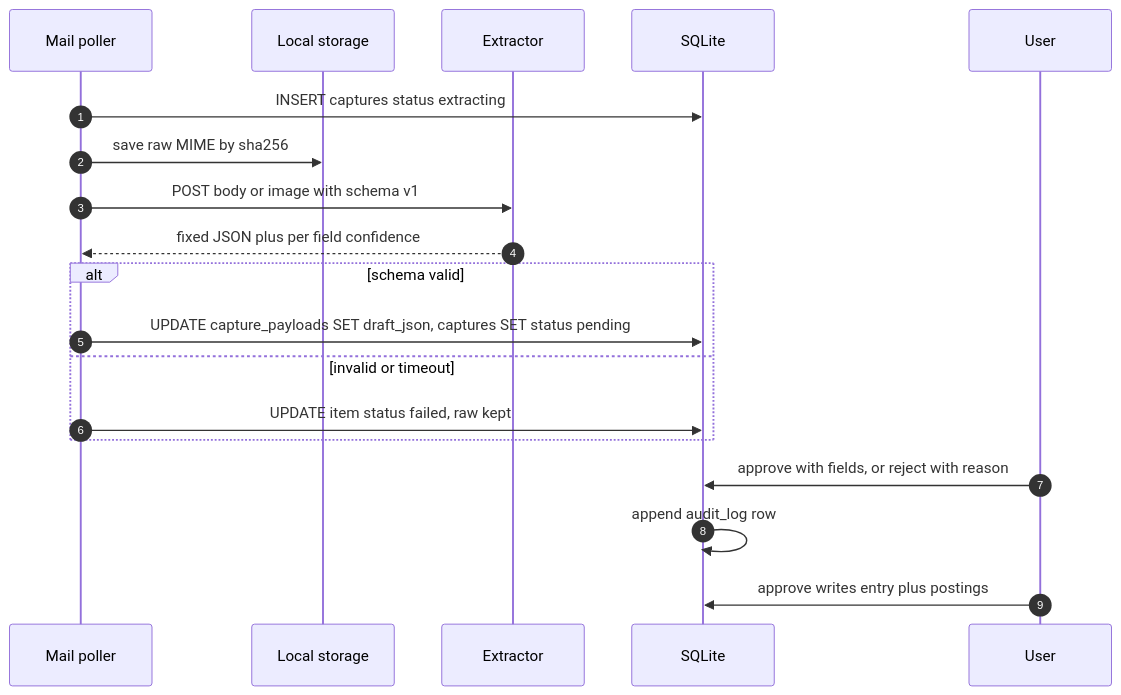
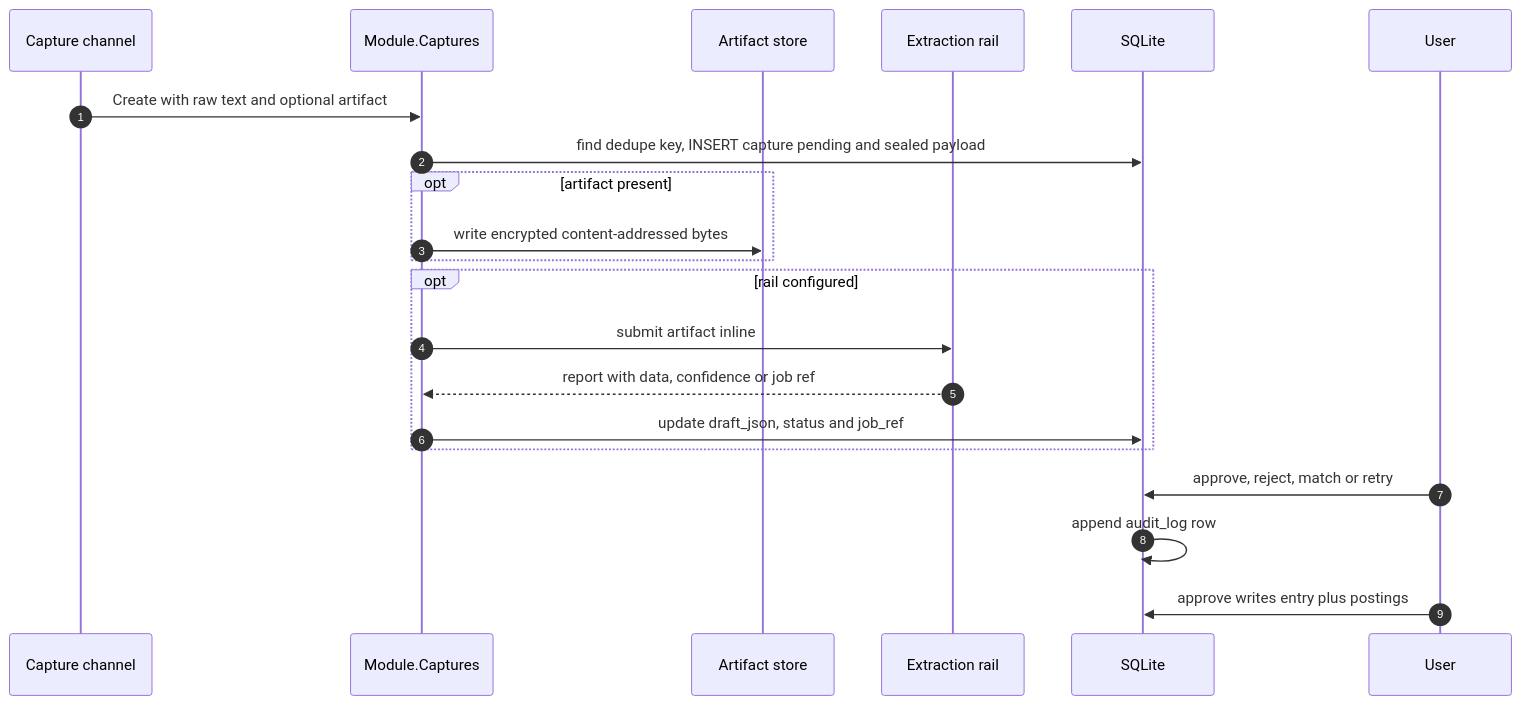
The diagram in docs/v2-design.md (dimasbaguspm/spenicle), drawn with Mermaid before and after one commit. The commit also changed other lines of this file and 44 other files, not shown here.

````diff
--- a/docs/v2-design.md
+++ b/docs/v2-design.md
@@ -203,21 +220,23 @@
 ```mermaid
 sequenceDiagram
     autonumber
-    participant M as Mail poller
-    participant ST as Local storage
-    participant X as Extractor
+    participant C as Capture channel
+    participant API as Module.Captures
+    participant FS as Artifact store
+    participant X as Extraction rail
     participant DB as SQLite
     participant U as User
-    M->>DB: INSERT captures status extracting
-    M->>ST: save raw MIME by sha256
-    M->>X: POST body or image with schema v1
-    X-->>M: fixed JSON plus per field confidence
-    alt schema valid
-        M->>DB: UPDATE capture_payloads SET draft_json, captures SET status pending
-    else invalid or timeout
-        M->>DB: UPDATE item status failed, raw kept
+    C->>API: Create with raw text and optional artifact
+    API->>DB: find dedupe key, INSERT capture pending and sealed payload
+    opt artifact present
+        API->>FS: write encrypted content-addressed bytes
     end
-    U->>DB: approve with fields, or reject with reason
+    opt rail configured
+        API->>X: submit artifact inline
+        X-->>API: report with data, confidence or job ref
+        API->>DB: update draft_json, status and job_ref
+    end
+    U->>DB: approve, reject, match or retry
     DB->>DB: append audit_log row
     U->>DB: approve writes entry plus postings
 ```
````
